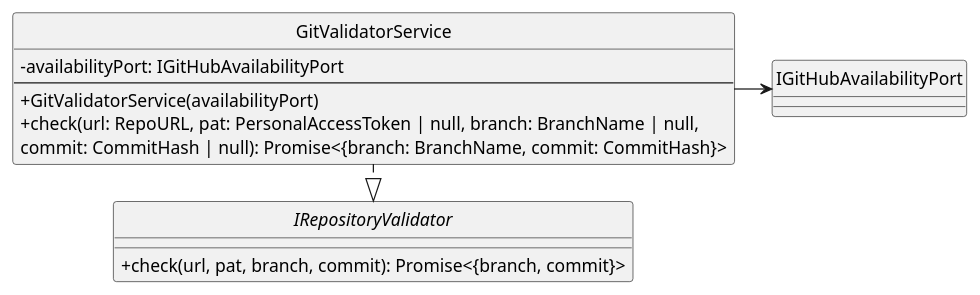
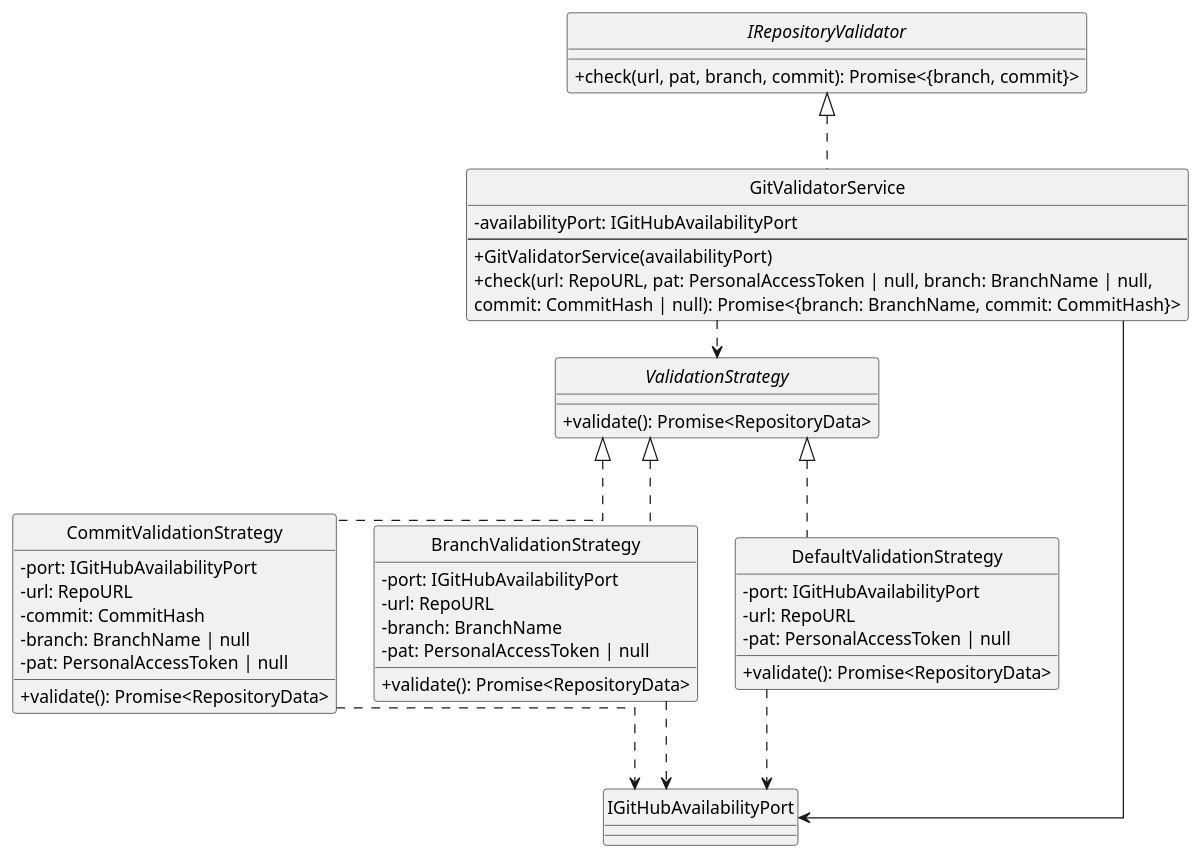
One commit to SkarabGroup/DocumentazioneProgetto changed the diagram in assets/st_diagrams/code/plantuml/analysis/application/services/gitValidator.as.plantuml. Above: the diagram before and after it, drawn with PlantUML. The commit also changed 7 other files, not shown here.

```diff
--- a/assets/st_diagrams/code/plantuml/analysis/application/services/gitValidator.as.plantuml
+++ b/assets/st_diagrams/code/plantuml/analysis/application/services/gitValidator.as.plantuml
@@ -1,23 +1,71 @@
 @startuml GitValidatorService
 skinparam componentStyle uml2.5
 skinparam linetype ortho
 skinparam nodesep 30
 skinparam ranksep 30
 skinparam ClassAttributeIconSize 0
 hide circles
 
 interface IRepositoryValidator {
     + check(url, pat, branch, commit): Promise<{branch, commit}>
 }
 
 class GitValidatorService {
     - availabilityPort: IGitHubAvailabilityPort
     ---
     + GitValidatorService(availabilityPort)
     + check(url: RepoURL, pat: PersonalAccessToken | null, branch: BranchName | null, 
     commit: CommitHash | null): Promise<{branch: BranchName, commit: CommitHash}>
 }
 
-GitValidatorService ..|> IRepositoryValidator
-GitValidatorService --right-> IGitHubAvailabilityPort
+
+skinparam componentStyle uml2.5
+skinparam linetype ortho
+skinparam nodesep 30
+skinparam ranksep 30
+skinparam ClassAttributeIconSize 0
+hide circles
+
+interface ValidationStrategy {
+    + validate(): Promise<RepositoryData>
+}
+
+
+class CommitValidationStrategy {
+    - port: IGitHubAvailabilityPort
+    - url: RepoURL
+    - commit: CommitHash
+    - branch: BranchName | null
+    - pat: PersonalAccessToken | null
+    + validate(): Promise<RepositoryData>
+}
+
+class BranchValidationStrategy {
+    - port: IGitHubAvailabilityPort
+    - url: RepoURL
+    - branch: BranchName
+    - pat: PersonalAccessToken | null
+    + validate(): Promise<RepositoryData>
+}
+
+class DefaultValidationStrategy {
+    - port: IGitHubAvailabilityPort
+    - url: RepoURL
+    - pat: PersonalAccessToken | null
+    + validate(): Promise<RepositoryData>
+}
+
+
+GitValidatorService ..up.|> IRepositoryValidator
+GitValidatorService --down-> IGitHubAvailabilityPort
+CommitValidationStrategy ..down.> IGitHubAvailabilityPort
+BranchValidationStrategy ..down.> IGitHubAvailabilityPort
+DefaultValidationStrategy ..down.> IGitHubAvailabilityPort
+ValidationStrategy <|.down.. CommitValidationStrategy
+ValidationStrategy <|.down.. BranchValidationStrategy
+ValidationStrategy <|.down.. DefaultValidationStrategy
+
+
+GitValidatorService ..> ValidationStrategy
+
 @enduml
```
